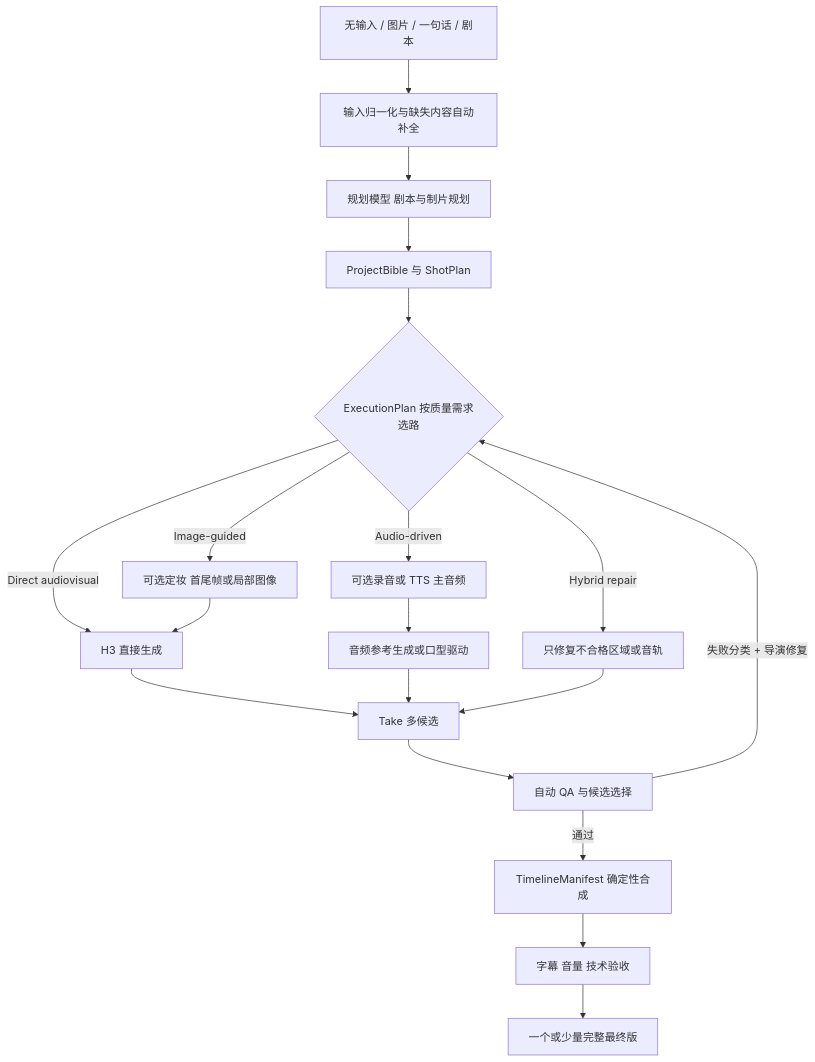
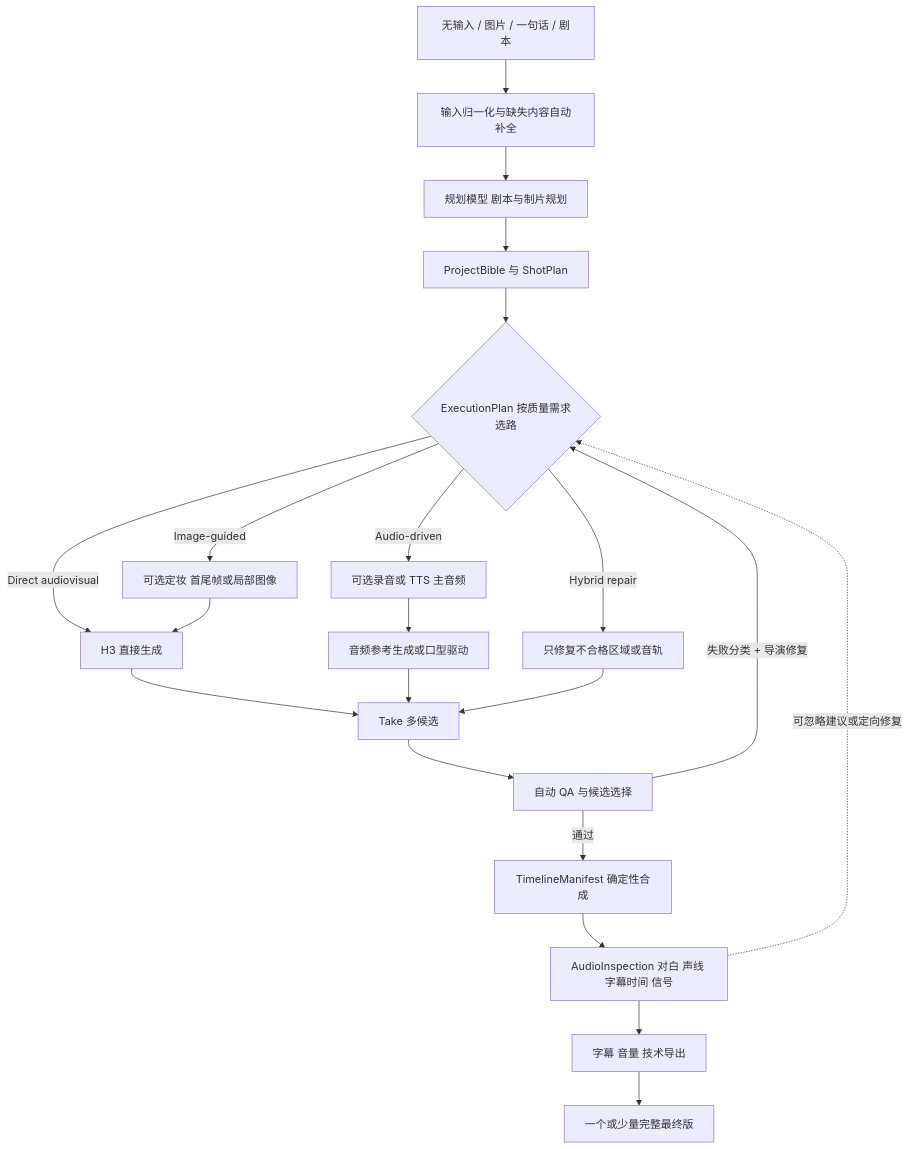
The diagram in docs/06-candidate-architecture-hypotheses.md (MicroYui/short-drama-studio), drawn with Mermaid before and after one commit. The commit also changed other lines of this file and 20 other files, not shown here.

````diff
--- a/docs/06-candidate-architecture-hypotheses.md
+++ b/docs/06-candidate-architecture-hypotheses.md
@@ -26,21 +26,23 @@
 ```mermaid
 flowchart TD
     A["无输入 / 图片 / 一句话 / 剧本"] --> B["输入归一化与缺失内容自动补全"]
     B --> C["规划模型 剧本与制片规划"]
     C --> D["ProjectBible 与 ShotPlan"]
     D --> E{"ExecutionPlan 按质量需求选路"}
     E -->|"Direct audiovisual"| F["H3 直接生成"]
     E -->|"Image-guided"| G["可选定妆 首尾帧或局部图像"]
     G --> F
     E -->|"Audio-driven"| H["可选录音或 TTS 主音频"]
     H --> I["音频参考生成或口型驱动"]
     E -->|"Hybrid repair"| J["只修复不合格区域或音轨"]
     F --> K["Take 多候选"]
     I --> K
     J --> K
     K --> L["自动 QA 与候选选择"]
     L -->|"失败分类 + 导演修复"| E
     L -->|"通过"| M["TimelineManifest 确定性合成"]
-    M --> N["字幕 音量 技术验收"]
-    N --> O["一个或少量完整最终版"]
+    M --> N["AudioInspection 对白 声线 字幕时间 信号"]
+    N -. "可忽略建议或定向修复" .-> E
+    N --> O["字幕 音量 技术导出"]
+    O --> P["一个或少量完整最终版"]
 ```
````
